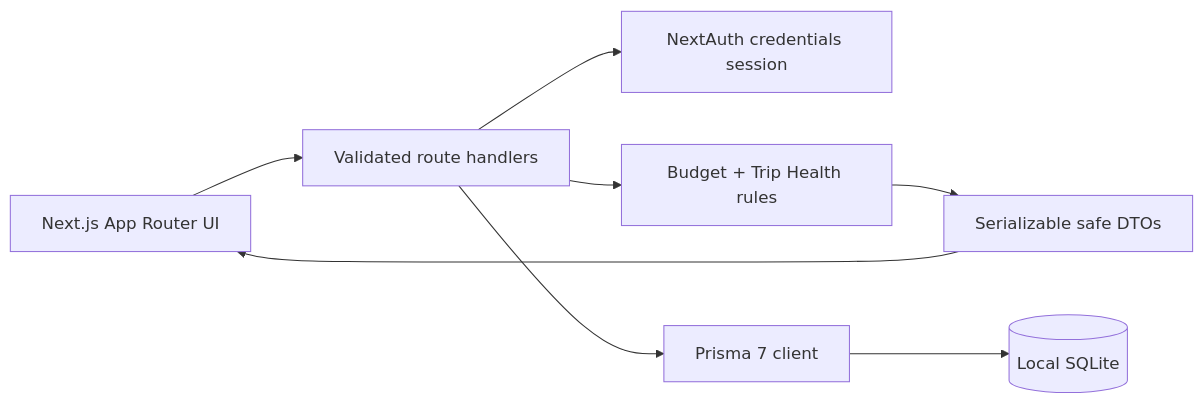
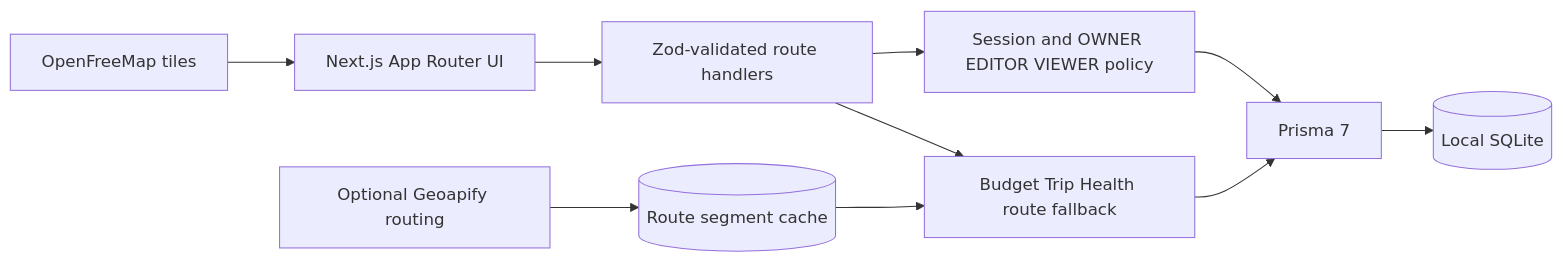
The first of 2 diagrams in README.md (Abhichandani-Yash-Manish/GlobeTrotter), drawn with Mermaid before and after one commit. The commit also changed other lines of this file and 9 other files, not shown here.

Commit message:
docs: refresh architecture evidence and demo runbook

````diff
--- a/README.md
+++ b/README.md
@@ -71,10 +80,12 @@
 ```mermaid
 flowchart LR
-  Browser[Next.js App Router UI] --> Routes[Validated route handlers]
-  Routes --> Auth[NextAuth credentials session]
-  Routes --> Domain[Budget + Trip Health rules]
-  Routes --> Prisma[Prisma 7 client]
+  UI[Next.js App Router UI] --> API[Zod-validated route handlers]
+  API --> Access[Session and OWNER EDITOR VIEWER policy]
+  API --> Domain[Budget Trip Health route fallback]
+  Access --> Prisma[Prisma 7]
+  Domain --> Prisma
   Prisma --> SQLite[(Local SQLite)]
-  Domain --> DTO[Serializable safe DTOs]
-  DTO --> Browser
+  Geo[Optional Geoapify routing] --> Cache[(Route segment cache)]
+  Cache --> Domain
+  Tiles[OpenFreeMap tiles] --> UI
 ```
````
